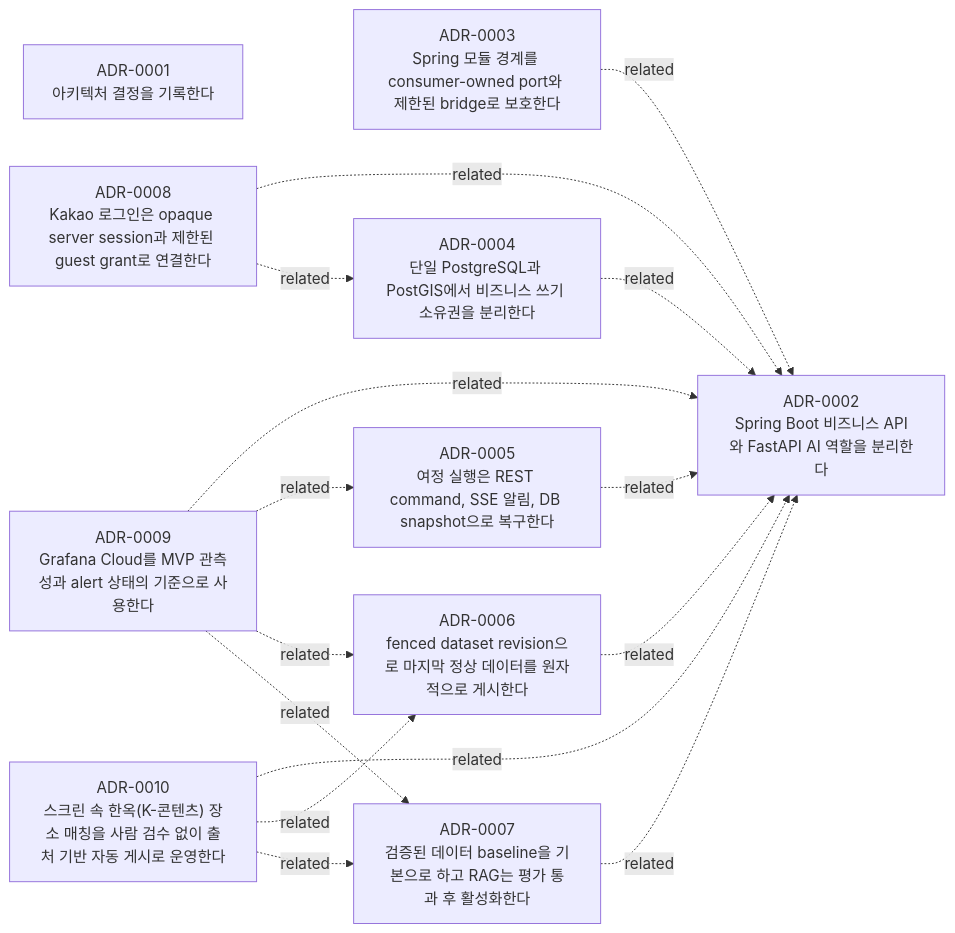
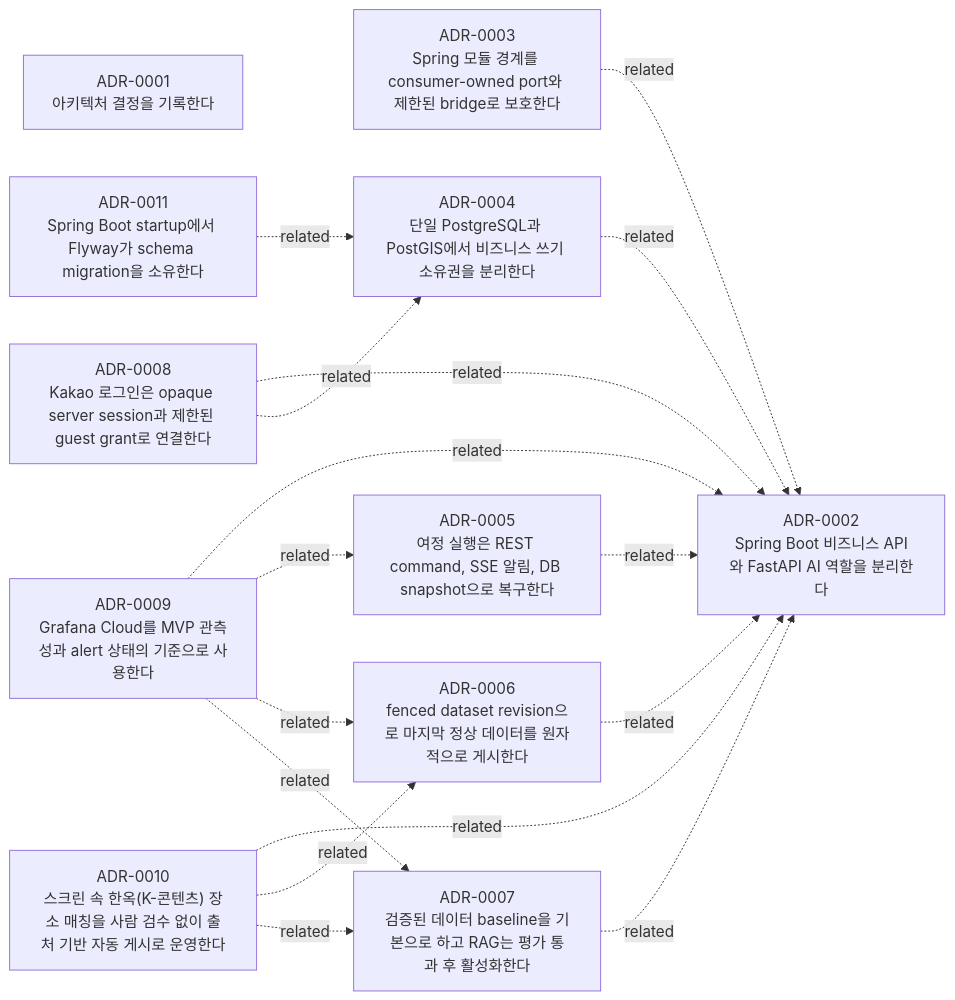
One commit to YRootLab/OnMaru-backend changed the diagram in docs/decisions/README.md. Above: the diagram before and after it, drawn with Mermaid. The commit also changed other lines of this file and 13 other files, not shown here.

````diff
--- a/docs/decisions/README.md
+++ b/docs/decisions/README.md
@@ -216,27 +246,29 @@
 ```mermaid
 flowchart LR
   ADR_0001["ADR-0001<br/>아키텍처 결정을 기록한다"]
   ADR_0002["ADR-0002<br/>Spring Boot 비즈니스 API와 FastAPI AI 역할을 분리한다"]
   ADR_0003["ADR-0003<br/>Spring 모듈 경계를 consumer-owned port와 제한된 bridge로 보호한다"]
   ADR_0004["ADR-0004<br/>단일 PostgreSQL과 PostGIS에서 비즈니스 쓰기 소유권을 분리한다"]
   ADR_0005["ADR-0005<br/>여정 실행은 REST command, SSE 알림, DB snapshot으로 복구한다"]
   ADR_0006["ADR-0006<br/>fenced dataset revision으로 마지막 정상 데이터를 원자적으로 게시한다"]
   ADR_0007["ADR-0007<br/>검증된 데이터 baseline을 기본으로 하고 RAG는 평가 통과 후 활성화한다"]
   ADR_0008["ADR-0008<br/>Kakao 로그인은 opaque server session과 제한된 guest grant로 연결한다"]
   ADR_0009["ADR-0009<br/>Grafana Cloud를 MVP 관측성과 alert 상태의 기준으로 사용한다"]
   ADR_0010["ADR-0010<br/>스크린 속 한옥(K-콘텐츠) 장소 매칭을 사람 검수 없이 출처 기반 자동 게시로 운영한다"]
+  ADR_0011["ADR-0011<br/>Spring Boot startup에서 Flyway가 schema migration을 소유한다"]
   ADR_0003 -.->|related| ADR_0002
   ADR_0004 -.->|related| ADR_0002
   ADR_0005 -.->|related| ADR_0002
   ADR_0006 -.->|related| ADR_0002
   ADR_0007 -.->|related| ADR_0002
   ADR_0008 -.->|related| ADR_0002
   ADR_0008 -.->|related| ADR_0004
   ADR_0009 -.->|related| ADR_0002
   ADR_0009 -.->|related| ADR_0005
   ADR_0009 -.->|related| ADR_0006
   ADR_0009 -.->|related| ADR_0007
   ADR_0010 -.->|related| ADR_0002
   ADR_0010 -.->|related| ADR_0006
   ADR_0010 -.->|related| ADR_0007
+  ADR_0011 -.->|related| ADR_0004
 ```
````
